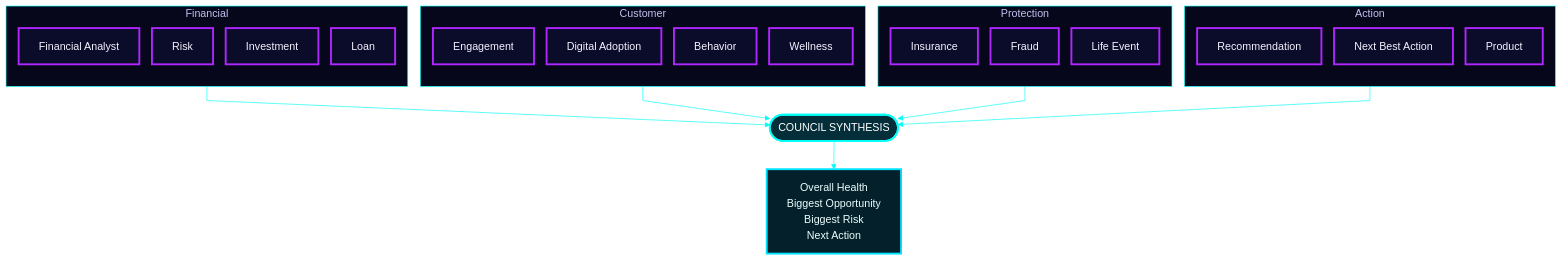
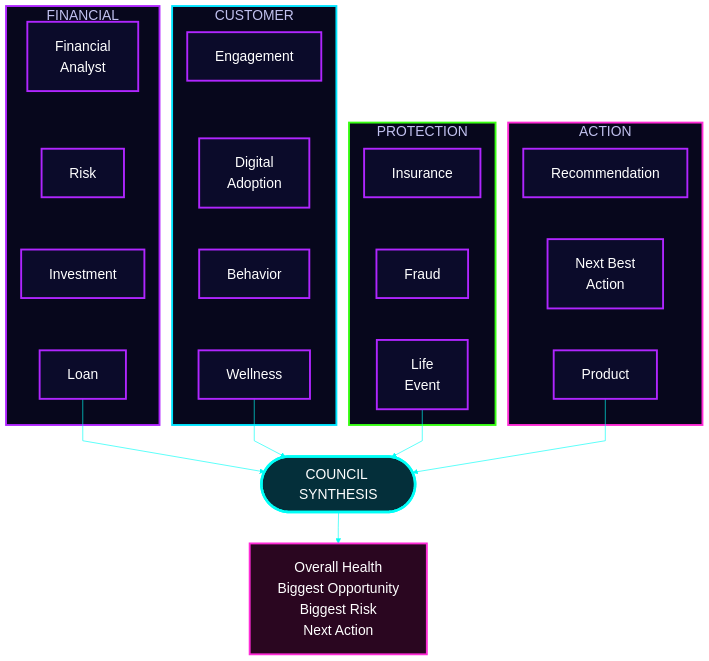
Before and after one commit to Mansi232323/MANSHORA: diagram 11 of 17 in README.md, drawn with Mermaid. The commit also changed other lines of this file, not shown here.

````diff
--- a/README.md
+++ b/README.md
@@ -422,41 +408,31 @@
 ```mermaid
-%%{init: {'theme':'base','themeVariables':{'fontSize':'17px','fontFamily':'Arial, Helvetica, sans-serif','primaryColor':'#0b0b2a','primaryTextColor':'#f5f3ff','primaryBorderColor':'#b026ff','lineColor':'#00fff7','textColor':'#f5f3ff','edgeLabelBackground':'#0b0b2a','clusterBkg':'#07071c','clusterBorder':'#00fff7'},'flowchart':{'htmlLabels':true,'nodeSpacing':20,'rankSpacing':45,'padding':16,'curve':'linear'}}}%%
+%%{init: {'theme':'base','themeVariables':{'fontSize':'22px','fontFamily':'Arial, Helvetica, sans-serif','primaryColor':'#0b0b2a','primaryTextColor':'#ffffff','primaryBorderColor':'#b026ff','lineColor':'#00fff7','textColor':'#ffffff','edgeLabelBackground':'#0b0b2a'},'flowchart':{'htmlLabels':false,'nodeSpacing':28,'rankSpacing':50,'padding':22,'curve':'linear'}}}%%
 flowchart TB
-    subgraph G1["Financial"]
-        direction TB
-        a1["Financial Analyst"]
-        a2["Risk"]
-        a3["Investment"]
-        a4["Loan"]
+    subgraph G1["FINANCIAL"]
+        a1["Financial<br/>Analyst"] ~~~ a2["Risk"] ~~~ a3["Investment"] ~~~ a4["Loan"]
     end
-    subgraph G2["Customer"]
-        direction TB
-        a5["Engagement"]
-        a6["Digital Adoption"]
-        a7["Behavior"]
-        a8["Wellness"]
+    subgraph G2["CUSTOMER"]
+        a5["Engagement"] ~~~ a6["Digital<br/>Adoption"] ~~~ a7["Behavior"] ~~~ a8["Wellness"]
     end
-    subgraph G3["Protection"]
-        direction TB
-        a9["Insurance"]
-        a10["Fraud"]
-        a11["Life Event"]
+    subgraph G3["PROTECTION"]
+        a9["Insurance"] ~~~ a10["Fraud"] ~~~ a11["Life<br/>Event"]
     end
-    subgraph G4["Action"]
-        direction TB
-        a12["Recommendation"]
-        a13["Next Best Action"]
-        a14["Product"]
+    subgraph G4["ACTION"]
+        a12["Recommendation"] ~~~ a13["Next Best<br/>Action"] ~~~ a14["Product"]
     end
-    G1 --> S
-    G2 --> S
-    G3 --> S
-    G4 --> S
+    a4 --> S
+    a8 --> S
+    a11 --> S
+    a14 --> S
     S(["COUNCIL SYNTHESIS"]) --> R["Overall Health<br/>Biggest Opportunity<br/>Biggest Risk<br/>Next Action"]
-    classDef agent fill:#0b0b2a,stroke:#b026ff,stroke-width:3px,color:#f5f3ff
-    classDef core fill:#042f3a,stroke:#00fff7,stroke-width:3px,color:#ffffff
-    classDef out fill:#04202a,stroke:#00e5ff,stroke-width:3px,color:#ecfeff
+    classDef agent fill:#0b0b2a,stroke:#b026ff,stroke-width:3px,color:#ffffff
+    classDef core fill:#042f3a,stroke:#00fff7,stroke-width:4px,color:#ffffff
+    classDef out fill:#2a0620,stroke:#ff2bd6,stroke-width:3px,color:#ffffff
     class a1,a2,a3,a4,a5,a6,a7,a8,a9,a10,a11,a12,a13,a14 agent
     class S core
     class R out
+    style G1 fill:#07071c,stroke:#b026ff,stroke-width:3px
+    style G2 fill:#07071c,stroke:#00e5ff,stroke-width:3px
+    style G3 fill:#07071c,stroke:#39ff14,stroke-width:3px
+    style G4 fill:#07071c,stroke:#ff2bd6,stroke-width:3px
 ```
````
